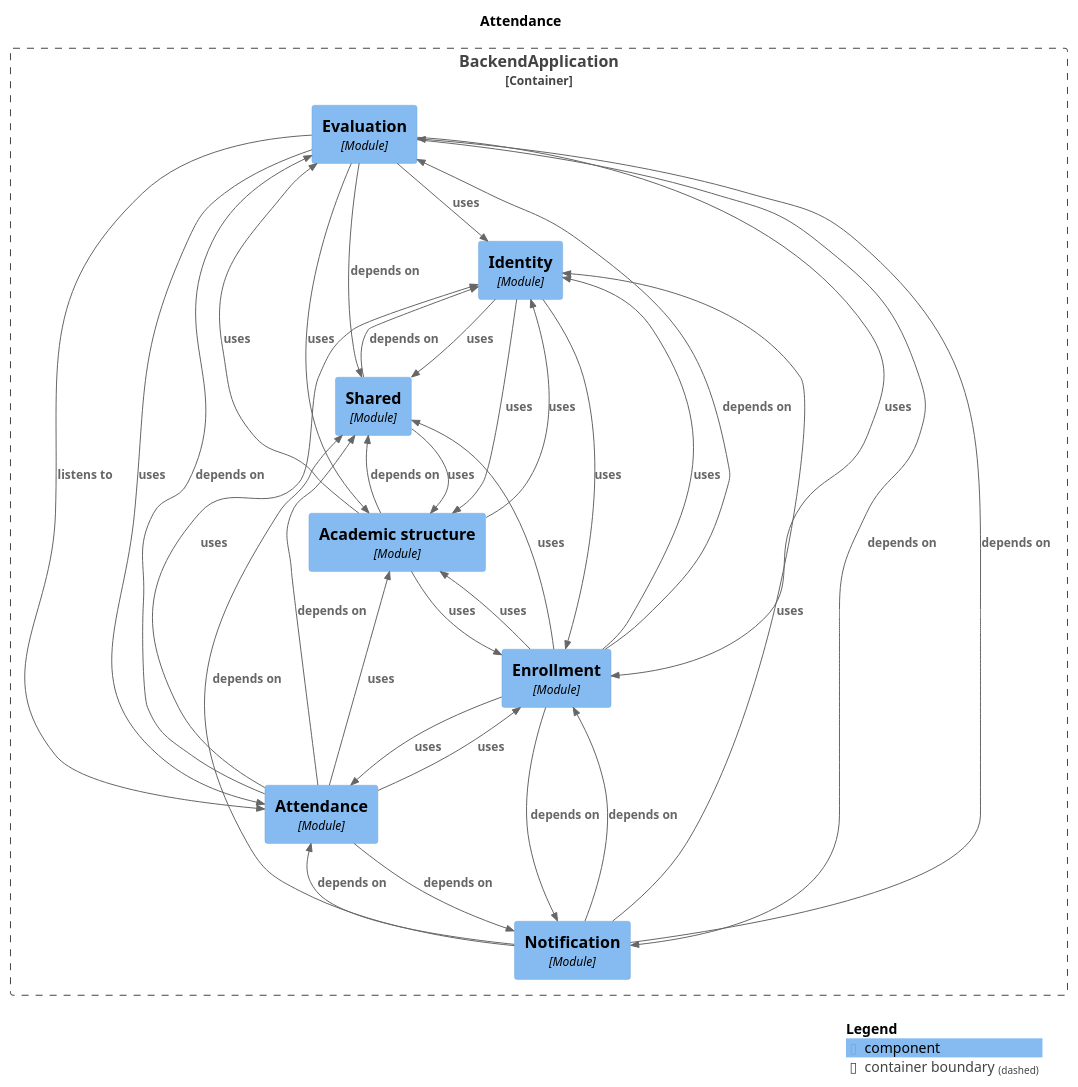
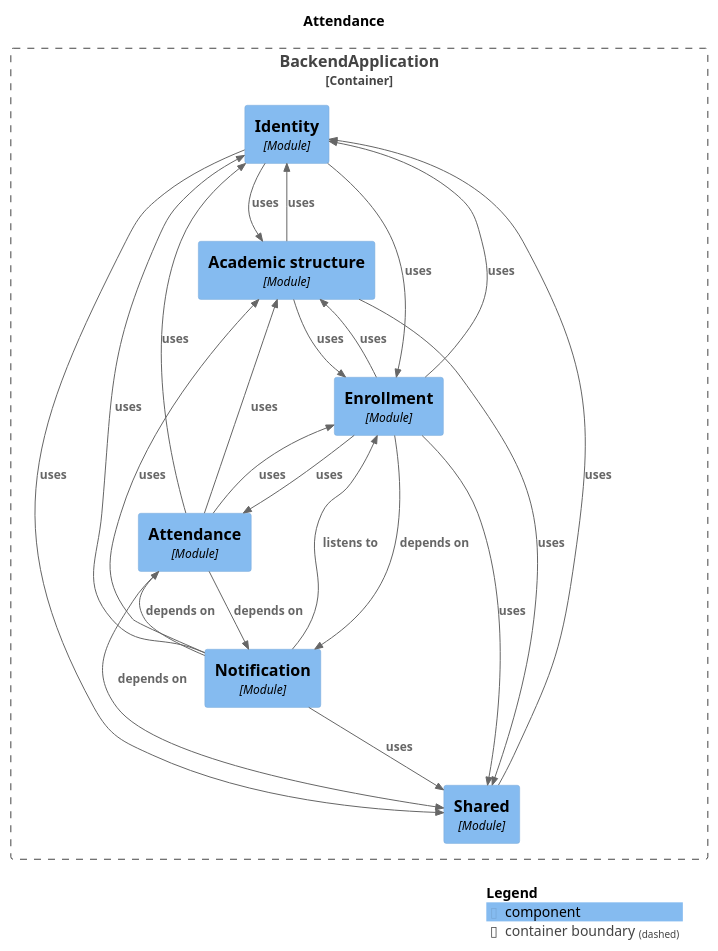
The diagram in docs/architecture/module-attendance.puml (Gabriel030/agustina-bermejo-app), drawn with PlantUML before and after one commit. The commit also changed 21 other files, not shown here.

Commit message:
docs(architecture): regenera diagramas Modulith (M3a, billing v2) y corrige comando en README

```diff
--- a/docs/architecture/module-attendance.puml
+++ b/docs/architecture/module-attendance.puml
@@ -1,56 +1,44 @@
 @startuml
 set separator none
 title Attendance
 
 top to bottom direction
 
 !include <C4/C4>
 !include <C4/C4_Context>
 !include <C4/C4_Component>
 
 Container_Boundary("BackendApplication.BackendApplication_boundary", "BackendApplication", $tags="") {
-  Component(BackendApplication.BackendApplication.Evaluation, "Evaluation", $techn="Module", $descr="", $tags="", $link="")
   Component(BackendApplication.BackendApplication.Identity, "Identity", $techn="Module", $descr="", $tags="", $link="")
   Component(BackendApplication.BackendApplication.Notification, "Notification", $techn="Module", $descr="", $tags="", $link="")
   Component(BackendApplication.BackendApplication.Shared, "Shared", $techn="Module", $descr="", $tags="", $link="")
   Component(BackendApplication.BackendApplication.Academicstructure, "Academic structure", $techn="Module", $descr="", $tags="", $link="")
   Component(BackendApplication.BackendApplication.Attendance, "Attendance", $techn="Module", $descr="", $tags="", $link="")
   Component(BackendApplication.BackendApplication.Enrollment, "Enrollment", $techn="Module", $descr="", $tags="", $link="")
 }
 
 Rel(BackendApplication.BackendApplication.Academicstructure, BackendApplication.BackendApplication.Enrollment, "uses", $techn="", $tags="", $link="")
-Rel(BackendApplication.BackendApplication.Academicstructure, BackendApplication.BackendApplication.Evaluation, "uses", $techn="", $tags="", $link="")
 Rel(BackendApplication.BackendApplication.Academicstructure, BackendApplication.BackendApplication.Identity, "uses", $techn="", $tags="", $link="")
-Rel(BackendApplication.BackendApplication.Academicstructure, BackendApplication.BackendApplication.Shared, "depends on", $techn="", $tags="", $link="")
+Rel(BackendApplication.BackendApplication.Academicstructure, BackendApplication.BackendApplication.Shared, "uses", $techn="", $tags="", $link="")
 Rel(BackendApplication.BackendApplication.Attendance, BackendApplication.BackendApplication.Academicstructure, "uses", $techn="", $tags="", $link="")
 Rel(BackendApplication.BackendApplication.Attendance, BackendApplication.BackendApplication.Enrollment, "uses", $techn="", $tags="", $link="")
-Rel(BackendApplication.BackendApplication.Attendance, BackendApplication.BackendApplication.Evaluation, "depends on", $techn="", $tags="", $link="")
 Rel(BackendApplication.BackendApplication.Attendance, BackendApplication.BackendApplication.Identity, "uses", $techn="", $tags="", $link="")
 Rel(BackendApplication.BackendApplication.Attendance, BackendApplication.BackendApplication.Notification, "depends on", $techn="", $tags="", $link="")
 Rel(BackendApplication.BackendApplication.Attendance, BackendApplication.BackendApplication.Shared, "depends on", $techn="", $tags="", $link="")
 Rel(BackendApplication.BackendApplication.Enrollment, BackendApplication.BackendApplication.Academicstructure, "uses", $techn="", $tags="", $link="")
 Rel(BackendApplication.BackendApplication.Enrollment, BackendApplication.BackendApplication.Attendance, "uses", $techn="", $tags="", $link="")
-Rel(BackendApplication.BackendApplication.Enrollment, BackendApplication.BackendApplication.Evaluation, "depends on", $techn="", $tags="", $link="")
 Rel(BackendApplication.BackendApplication.Enrollment, BackendApplication.BackendApplication.Identity, "uses", $techn="", $tags="", $link="")
 Rel(BackendApplication.BackendApplication.Enrollment, BackendApplication.BackendApplication.Notification, "depends on", $techn="", $tags="", $link="")
 Rel(BackendApplication.BackendApplication.Enrollment, BackendApplication.BackendApplication.Shared, "uses", $techn="", $tags="", $link="")
-Rel(BackendApplication.BackendApplication.Evaluation, BackendApplication.BackendApplication.Academicstructure, "uses", $techn="", $tags="", $link="")
-Rel(BackendApplication.BackendApplication.Evaluation, BackendApplication.BackendApplication.Attendance, "listens to", $techn="", $tags="", $link="")
-Rel(BackendApplication.BackendApplication.Evaluation, BackendApplication.BackendApplication.Attendance, "uses", $techn="", $tags="", $link="")
-Rel(BackendApplication.BackendApplication.Evaluation, BackendApplication.BackendApplication.Enrollment, "uses", $techn="", $tags="", $link="")
-Rel(BackendApplication.BackendApplication.Evaluation, BackendApplication.BackendApplication.Identity, "uses", $techn="", $tags="", $link="")
-Rel(BackendApplication.BackendApplication.Evaluation, BackendApplication.BackendApplication.Notification, "depends on", $techn="", $tags="", $link="")
-Rel(BackendApplication.BackendApplication.Evaluation, BackendApplication.BackendApplication.Shared, "depends on", $techn="", $tags="", $link="")
 Rel(BackendApplication.BackendApplication.Identity, BackendApplication.BackendApplication.Academicstructure, "uses", $techn="", $tags="", $link="")
 Rel(BackendApplication.BackendApplication.Identity, BackendApplication.BackendApplication.Enrollment, "uses", $techn="", $tags="", $link="")
 Rel(BackendApplication.BackendApplication.Identity, BackendApplication.BackendApplication.Shared, "uses", $techn="", $tags="", $link="")
+Rel(BackendApplication.BackendApplication.Notification, BackendApplication.BackendApplication.Academicstructure, "uses", $techn="", $tags="", $link="")
 Rel(BackendApplication.BackendApplication.Notification, BackendApplication.BackendApplication.Attendance, "depends on", $techn="", $tags="", $link="")
-Rel(BackendApplication.BackendApplication.Notification, BackendApplication.BackendApplication.Enrollment, "depends on", $techn="", $tags="", $link="")
-Rel(BackendApplication.BackendApplication.Notification, BackendApplication.BackendApplication.Evaluation, "depends on", $techn="", $tags="", $link="")
+Rel(BackendApplication.BackendApplication.Notification, BackendApplication.BackendApplication.Enrollment, "listens to", $techn="", $tags="", $link="")
 Rel(BackendApplication.BackendApplication.Notification, BackendApplication.BackendApplication.Identity, "uses", $techn="", $tags="", $link="")
-Rel(BackendApplication.BackendApplication.Notification, BackendApplication.BackendApplication.Shared, "depends on", $techn="", $tags="", $link="")
-Rel(BackendApplication.BackendApplication.Shared, BackendApplication.BackendApplication.Academicstructure, "uses", $techn="", $tags="", $link="")
-Rel(BackendApplication.BackendApplication.Shared, BackendApplication.BackendApplication.Identity, "depends on", $techn="", $tags="", $link="")
+Rel(BackendApplication.BackendApplication.Notification, BackendApplication.BackendApplication.Shared, "uses", $techn="", $tags="", $link="")
+Rel(BackendApplication.BackendApplication.Shared, BackendApplication.BackendApplication.Identity, "uses", $techn="", $tags="", $link="")
 
 SHOW_LEGEND(true)
 @enduml
```
